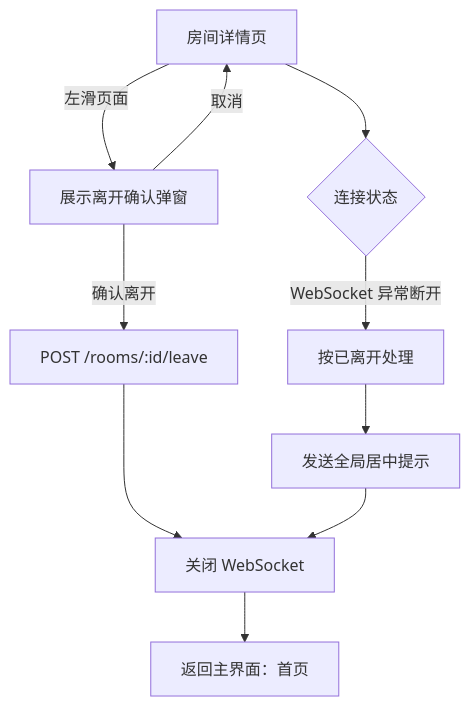
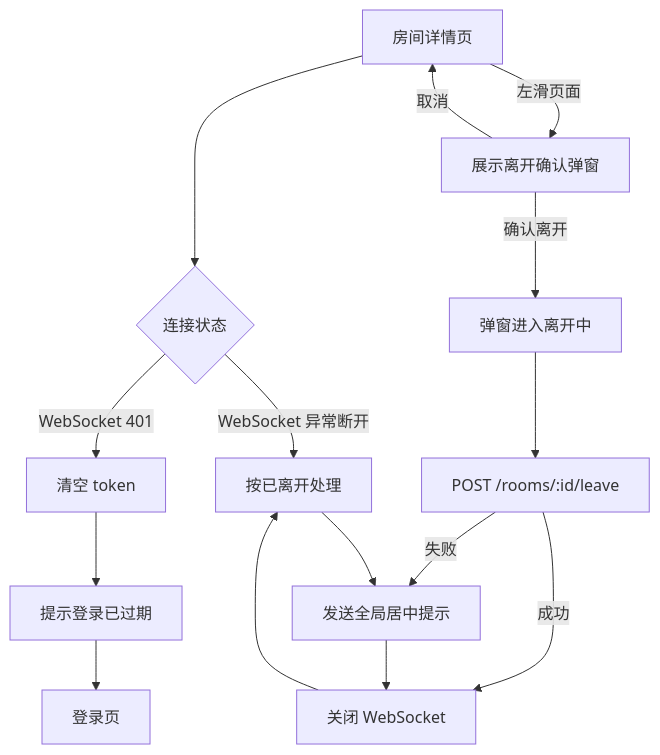
One commit to DancingCodes/room-app changed the sixth of 8 diagrams in docs/客户端逻辑设计.md. Above: the diagram before and after it, drawn with Mermaid. The commit also changed other lines of this file and 6 other files, not shown here.

````diff
--- a/docs/客户端逻辑设计.md
+++ b/docs/客户端逻辑设计.md
@@ -108,13 +112,18 @@
 ```mermaid
 flowchart TD
     A[房间详情页] --> B{连接状态}
     A -- 左滑页面 --> C[展示离开确认弹窗]
     C -- 取消 --> A
-    C -- 确认离开 --> D[POST /rooms/:id/leave]
-    D --> E[关闭 WebSocket]
-    E --> F[返回主界面：首页]
+    C -- 确认离开 --> D[弹窗进入离开中]
+    D --> E[POST /rooms/:id/leave]
+    E -- 成功 --> F[关闭 WebSocket]
+    F --> G[返回主界面：首页]
+    E -- 失败 --> H[展示错误并恢复弹窗可操作]
 
+    B -- WebSocket 401 --> I[清空 token]
+    I --> J[提示登录已过期]
+    J --> K[登录页]
     B -- WebSocket 异常断开 --> G[按已离开处理]
     G --> H[发送全局居中提示]
-    H --> E
+    H --> F
 ```
````
